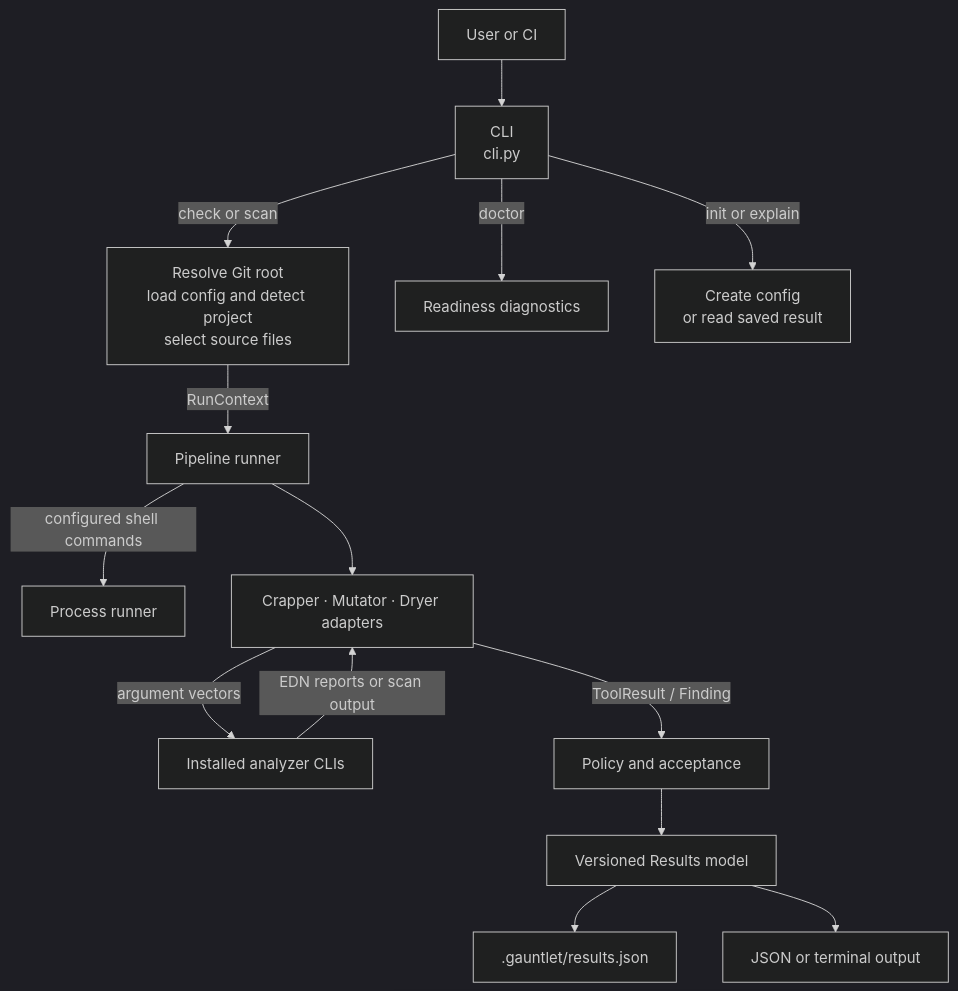
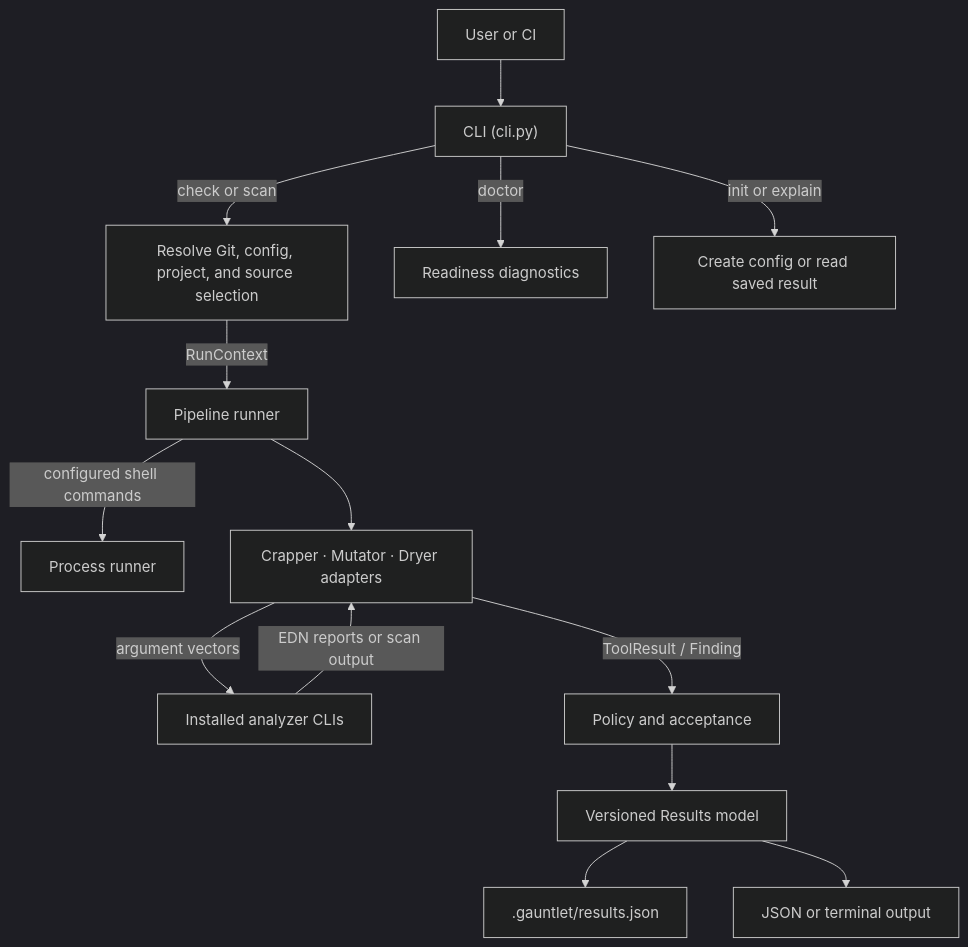
The first of 3 diagrams in docs/architecture.md (matheuseabra/gauntlet-cli), drawn with Mermaid (dark theme) before and after one commit. The commit also changed other lines of this file and 4 other files, not shown here.

Commit message:
docs: align setup, selection, and tutorial with current CLI

````diff
--- a/docs/architecture.md
+++ b/docs/architecture.md
@@ -7,16 +7,16 @@
 ```mermaid
 flowchart TB
-    User["User or CI"] --> CLI["CLI<br/>cli.py"]
-    CLI -->|check or scan| Prepare["Resolve Git root<br/>load config and detect project<br/>select source files"]
+    User["User or CI"] --> CLI["CLI (cli.py)"]
+    CLI -->|check or scan| Prepare["Resolve Git, config, project, and source selection"]
     CLI -->|doctor| Doctor["Readiness diagnostics"]
-    CLI -->|init or explain| Utilities["Create config<br/>or read saved result"]
+    CLI -->|init or explain| Utilities["Create config or read saved result"]
     Prepare -->|RunContext| Runner["Pipeline runner"]
     Runner -->|configured shell commands| Process["Process runner"]
     Runner --> Adapters["Crapper · Mutator · Dryer adapters"]
     Adapters -->|argument vectors| Tools["Installed analyzer CLIs"]
     Tools -->|EDN reports or scan output| Adapters
     Adapters -->|ToolResult / Finding| Policy["Policy and acceptance"]
     Policy --> Results["Versioned Results model"]
     Results --> JSONFile[".gauntlet/results.json"]
     Results --> Stdout["JSON or terminal output"]
 ```
````
